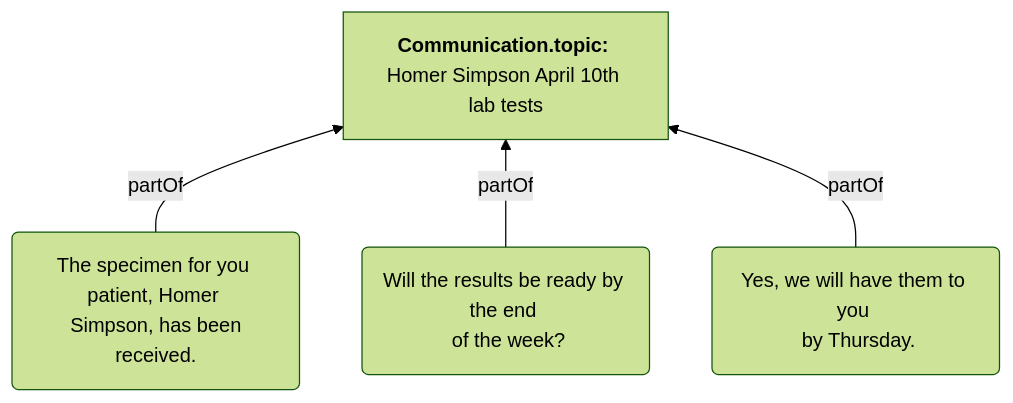
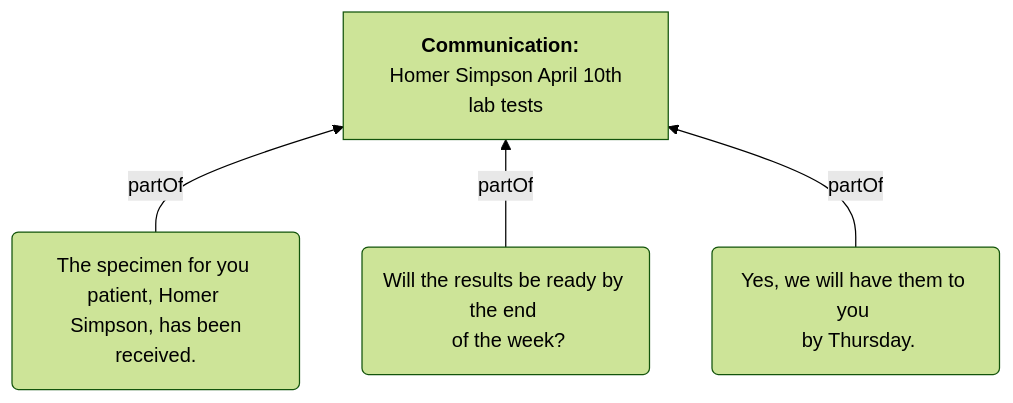
The diagram in packages/docs/docs/communications/organizing-communications.md (medplum/medplum), drawn with Mermaid (forest theme) before and after one commit. The commit also changed other lines of this file, not shown here.

Commit message:
update flowchart and make minor edits

````diff
--- a/packages/docs/docs/communications/organizing-communications.md
+++ b/packages/docs/docs/communications/organizing-communications.md
@@ -63,11 +63,11 @@
 ```mermaid
 
 flowchart BT
-    A["`**Communication.topic:**`" Homer Simpson April 10th lab tests]
+    A[<b>Communication: </b> <br/> Homer Simpson April 10th lab tests]
     B(The specimen for you patient, Homer <br/> Simpson, has been received.) -->|partOf| A
     C(Will the results be ready by the end <br/> of the week?) -->|partOf| A
     D(Yes, we will have them to you <br/> by Thursday.) -->|partOf| A
 
 
 
 ```
````
